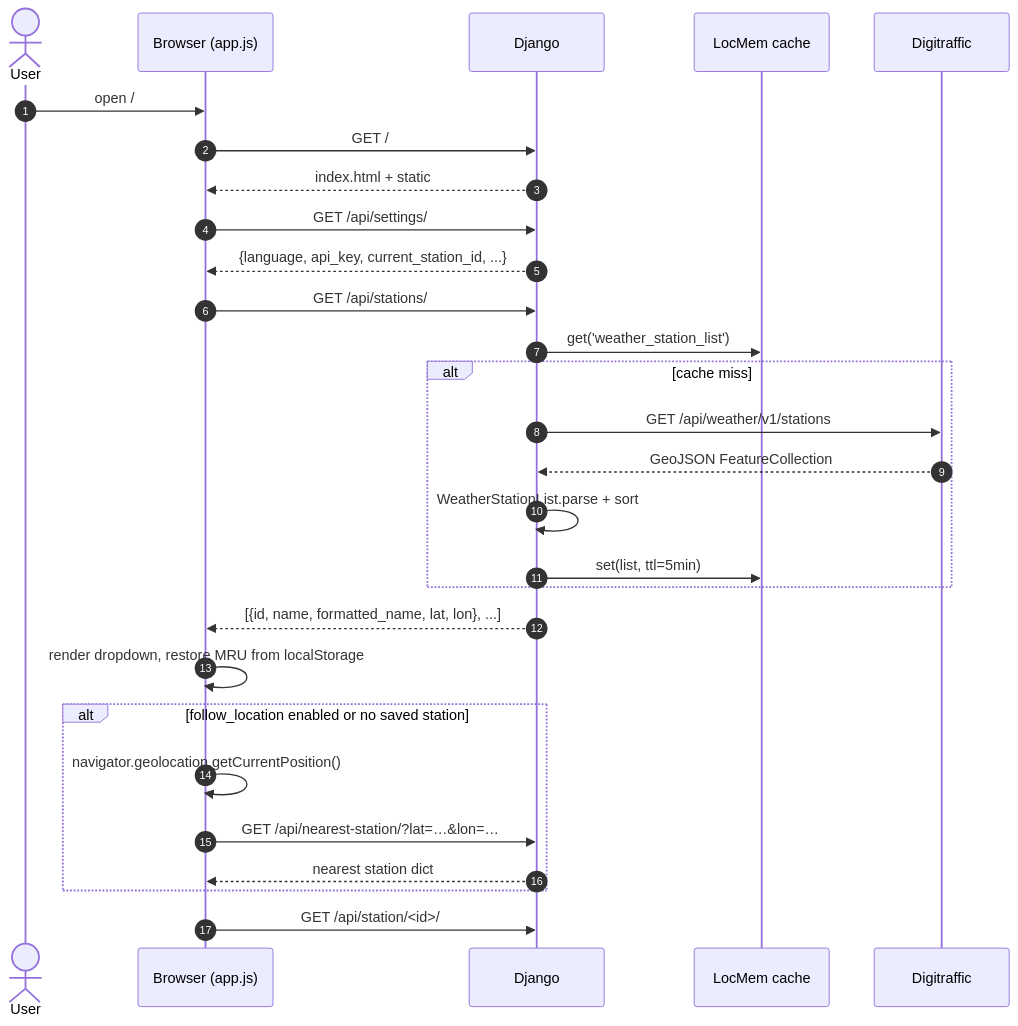
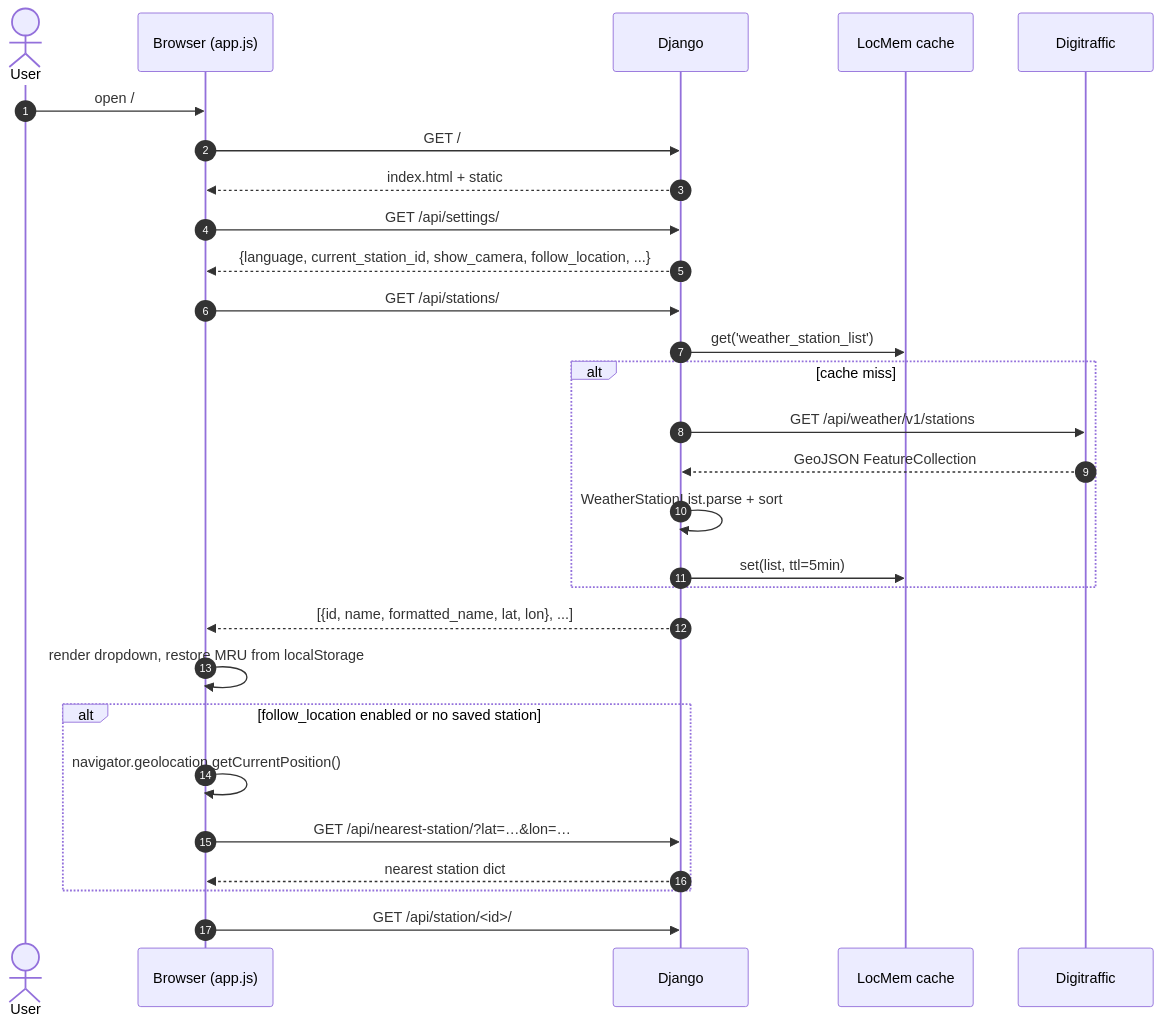
One commit to jjankkil/weatherview-django changed the third of 10 diagrams in docs/ARCHITECTURE.md. Above: the diagram before and after it, drawn with Mermaid. The commit also changed other lines of this file and 14 other files, not shown here.

Commit message:
Move OpenWeatherMap API key to server-side config, add IP rate limiting, fix Nginx proxy setup

````diff
--- a/docs/ARCHITECTURE.md
+++ b/docs/ARCHITECTURE.md
@@ -188,31 +188,31 @@
 ```mermaid
 sequenceDiagram
     autonumber
     actor User
     participant Browser as Browser (app.js)
     participant Django
     participant Cache as LocMem cache
     participant DT as Digitraffic
 
     User->>Browser: open /
     Browser->>Django: GET /
     Django-->>Browser: index.html + static
     Browser->>Django: GET /api/settings/
-    Django-->>Browser: {language, api_key, current_station_id, ...}
+    Django-->>Browser: {language, current_station_id, show_camera, follow_location, ...}
     Browser->>Django: GET /api/stations/
     Django->>Cache: get('weather_station_list')
     alt cache miss
         Django->>DT: GET /api/weather/v1/stations
         DT-->>Django: GeoJSON FeatureCollection
         Django->>Django: WeatherStationList.parse + sort
         Django->>Cache: set(list, ttl=5min)
     end
     Django-->>Browser: [{id, name, formatted_name, lat, lon}, ...]
     Browser->>Browser: render dropdown, restore MRU from localStorage
     alt follow_location enabled or no saved station
         Browser->>Browser: navigator.geolocation.getCurrentPosition()
         Browser->>Django: GET /api/nearest-station/?lat=…&lon=…
         Django-->>Browser: nearest station dict
     end
     Browser->>Django: GET /api/station/<id>/
 ```
````
